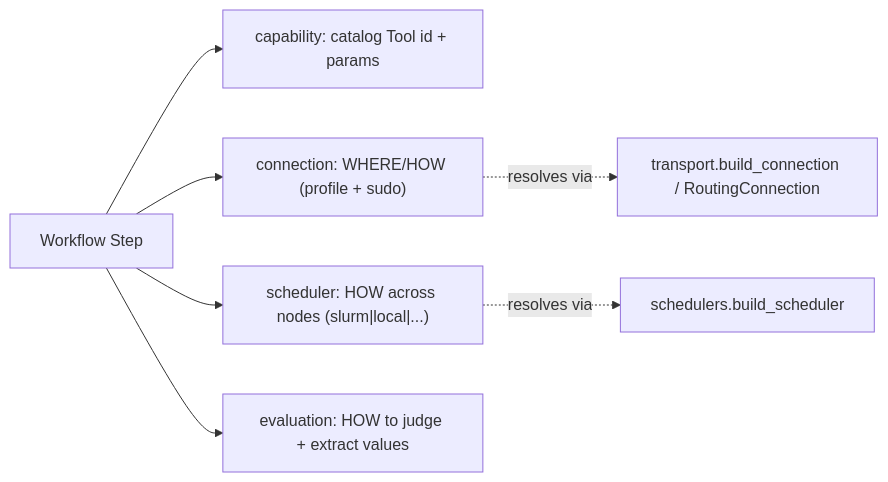
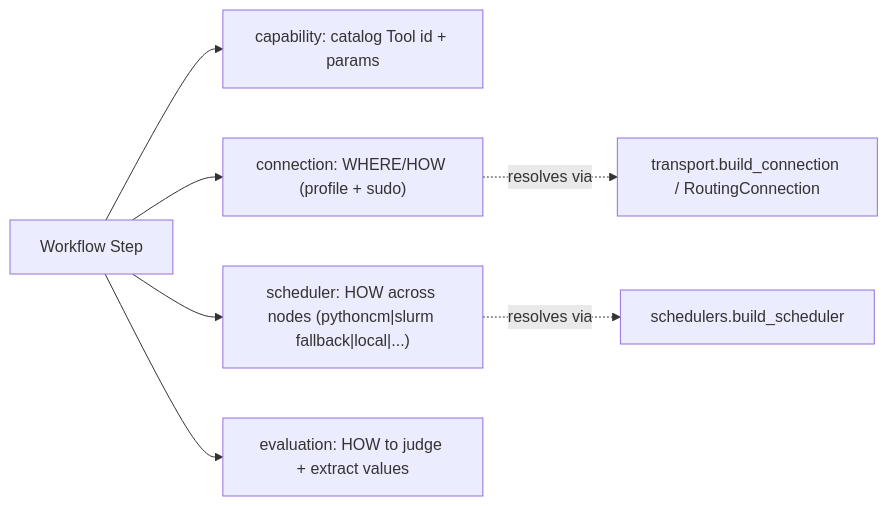
The diagram in docs/WORKFLOW_COMPOSITION.md (dfwguy/rack-status-pythoncm), drawn with Mermaid before and after one commit. The commit also changed other lines of this file and 82 other files, not shown here.

````diff
--- a/docs/WORKFLOW_COMPOSITION.md
+++ b/docs/WORKFLOW_COMPOSITION.md
@@ -8,9 +8,9 @@
 ```mermaid
 flowchart LR
   Step["Workflow Step"] --> Cap["capability: catalog Tool id + params"]
   Step --> Conn["connection: WHERE/HOW (profile + sudo)"]
-  Step --> Sched["scheduler: HOW across nodes (slurm|local|...)"]
+  Step --> Sched["scheduler: HOW across nodes (pythoncm|slurm fallback|local|...)"]
   Step --> Eval["evaluation: HOW to judge + extract values"]
   Conn -.resolves via.-> T["transport.build_connection / RoutingConnection"]
   Sched -.resolves via.-> S["schedulers.build_scheduler"]
 ```
````
